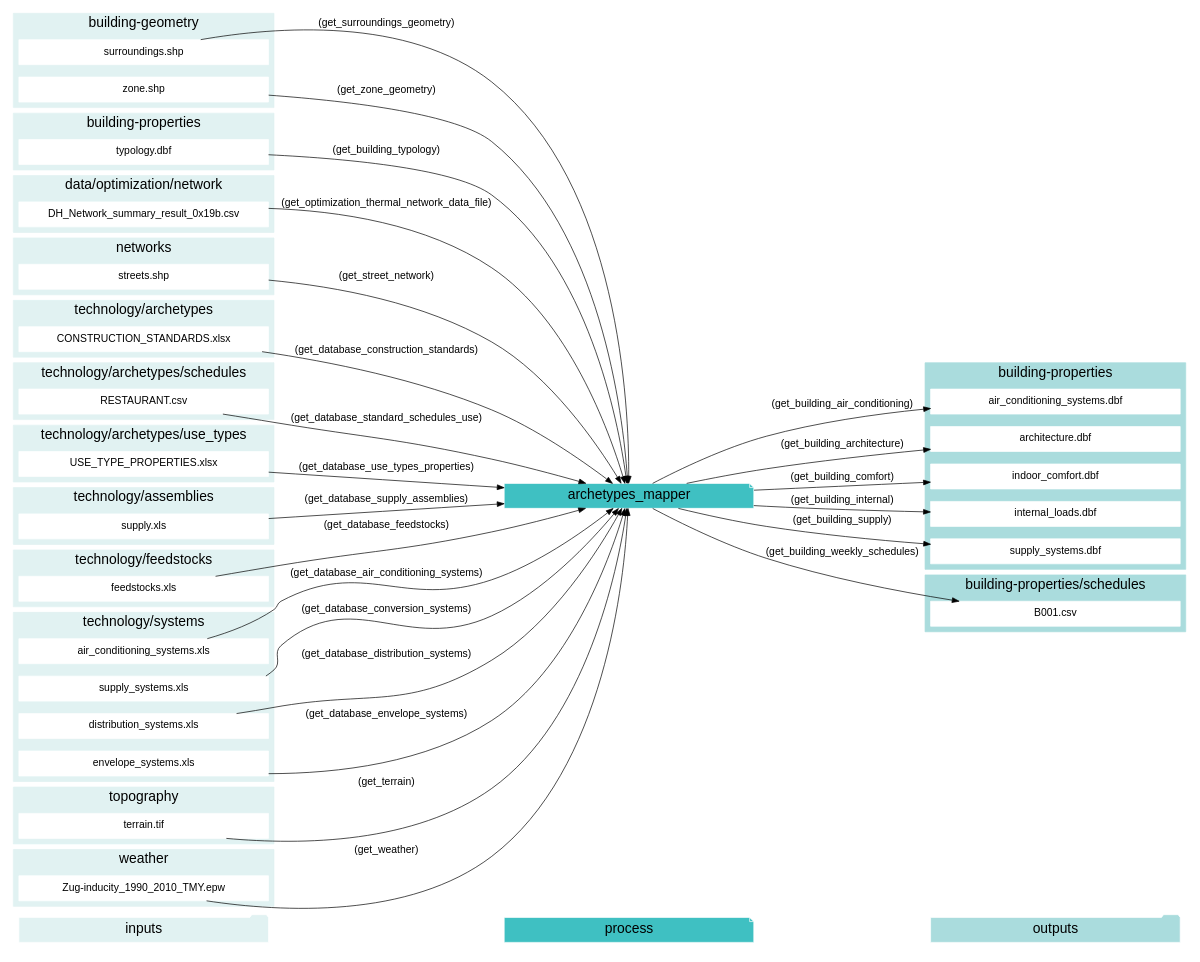
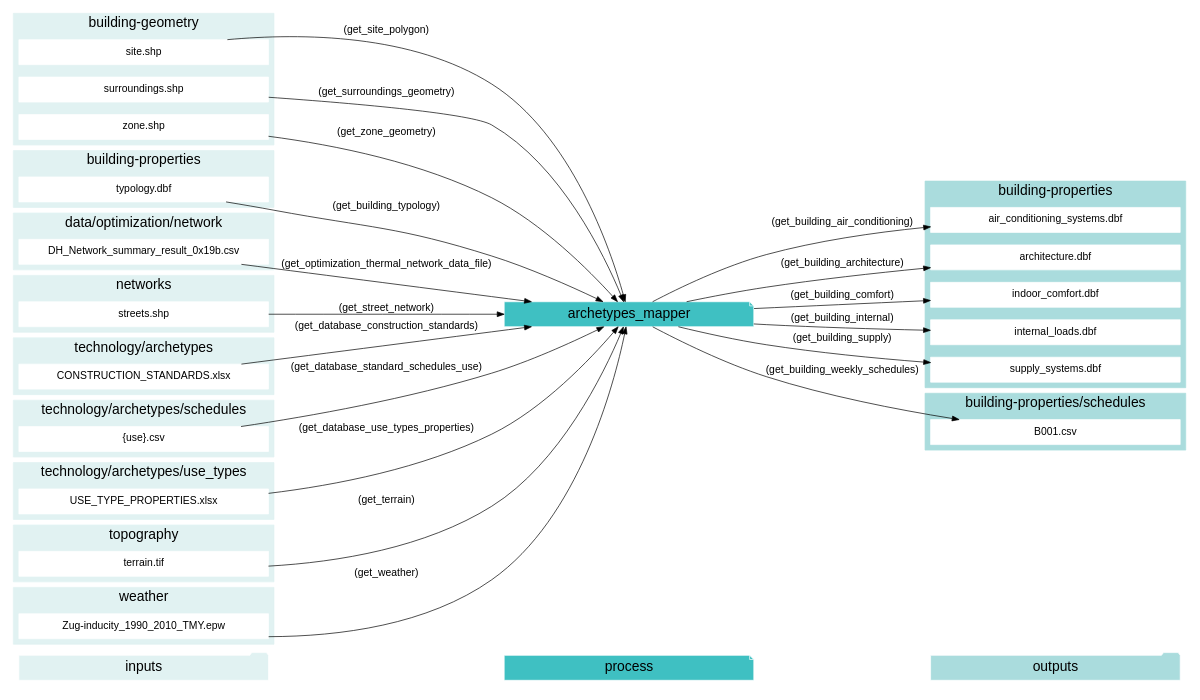
Before and after one commit to architecture-building-systems/CityEnergyAnalyst: the diagram in docs/graphviz/archetypes_mapper.gv, drawn with Graphviz. The commit also changed 24 other files, not shown here.

```diff
--- a/docs/graphviz/archetypes_mapper.gv
+++ b/docs/graphviz/archetypes_mapper.gv
@@ -1,159 +1,128 @@
 digraph trace_inputlocator {
     rankdir="LR";
     graph [overlap=false, fontname=arial];
     node [shape=box, style=filled, color=white, fontsize=15, fontname=arial, fixedsize=true, width=5];
     edge [fontname=arial, fontsize = 15]
     newrank=true
     subgraph cluster_legend {
     fontsize=25
     style=invis
     "process"[style=filled, fillcolor="#3FC0C2", shape=note, fontsize=20, fontname="arial"]
     "inputs" [style=filled, shape=folder, color=white, fillcolor="#E1F2F2", fontsize=20]
     "outputs"[style=filled, shape=folder, color=white, fillcolor="#aadcdd", fontsize=20]
     "inputs"->"process"[style=invis]
     "process"->"outputs"[style=invis]
     }
     "archetypes_mapper"[style=filled, color=white, fillcolor="#3FC0C2", shape=note, fontsize=20, fontname=arial];
     subgraph cluster_0_in {
         style = filled;
         color = "#E1F2F2";
         fontsize = 20;
         rank=same;
         label="building-geometry";
+        "site.shp"
         "surroundings.shp"
         "zone.shp"
     }
     subgraph cluster_1_in {
         style = filled;
         color = "#E1F2F2";
         fontsize = 20;
         rank=same;
         label="building-properties";
         "typology.dbf"
     }
     subgraph cluster_1_out {
         style = filled;
         color = "#aadcdd";
         fontsize = 20;
         rank=same;
         label="building-properties";
         "air_conditioning_systems.dbf"
         "architecture.dbf"
         "indoor_comfort.dbf"
         "internal_loads.dbf"
         "supply_systems.dbf"
     }
     subgraph cluster_2_out {
         style = filled;
         color = "#aadcdd";
         fontsize = 20;
         rank=same;
         label="building-properties/schedules";
         "B001.csv"
     }
     subgraph cluster_3_in {
         style = filled;
         color = "#E1F2F2";
         fontsize = 20;
         rank=same;
         label="data/optimization/network";
         "DH_Network_summary_result_0x19b.csv"
     }
     subgraph cluster_4_in {
         style = filled;
         color = "#E1F2F2";
         fontsize = 20;
         rank=same;
         label="networks";
         "streets.shp"
     }
     subgraph cluster_5_in {
         style = filled;
         color = "#E1F2F2";
         fontsize = 20;
         rank=same;
         label="technology/archetypes";
         "CONSTRUCTION_STANDARDS.xlsx"
     }
     subgraph cluster_6_in {
         style = filled;
         color = "#E1F2F2";
         fontsize = 20;
         rank=same;
         label="technology/archetypes/schedules";
-        "RESTAURANT.csv"
+        "{use}.csv"
     }
     subgraph cluster_7_in {
         style = filled;
         color = "#E1F2F2";
         fontsize = 20;
         rank=same;
         label="technology/archetypes/use_types";
         "USE_TYPE_PROPERTIES.xlsx"
     }
     subgraph cluster_8_in {
         style = filled;
         color = "#E1F2F2";
         fontsize = 20;
         rank=same;
-        label="technology/assemblies";
-        "supply.xls"
-    }
-    subgraph cluster_9_in {
-        style = filled;
-        color = "#E1F2F2";
-        fontsize = 20;
-        rank=same;
-        label="technology/feedstocks";
-        "feedstocks.xls"
-    }
-    subgraph cluster_10_in {
-        style = filled;
-        color = "#E1F2F2";
-        fontsize = 20;
-        rank=same;
-        label="technology/systems";
-        "air_conditioning_systems.xls"
-        "supply_systems.xls"
-        "distribution_systems.xls"
-        "envelope_systems.xls"
-    }
-    subgraph cluster_11_in {
-        style = filled;
-        color = "#E1F2F2";
-        fontsize = 20;
-        rank=same;
         label="topography";
         "terrain.tif"
     }
-    subgraph cluster_12_in {
+    subgraph cluster_9_in {
         style = filled;
         color = "#E1F2F2";
         fontsize = 20;
         rank=same;
         label="weather";
         "Zug-inducity_1990_2010_TMY.epw"
     }
     "typology.dbf" -> "archetypes_mapper"[label="(get_building_typology)"]
-    "air_conditioning_systems.xls" -> "archetypes_mapper"[label="(get_database_air_conditioning_systems)"]
     "CONSTRUCTION_STANDARDS.xlsx" -> "archetypes_mapper"[label="(get_database_construction_standards)"]
-    "supply_systems.xls" -> "archetypes_mapper"[label="(get_database_conversion_systems)"]
-    "distribution_systems.xls" -> "archetypes_mapper"[label="(get_database_distribution_systems)"]
-    "envelope_systems.xls" -> "archetypes_mapper"[label="(get_database_envelope_systems)"]
-    "feedstocks.xls" -> "archetypes_mapper"[label="(get_database_feedstocks)"]
-    "RESTAURANT.csv" -> "archetypes_mapper"[label="(get_database_standard_schedules_use)"]
-    "supply.xls" -> "archetypes_mapper"[label="(get_database_supply_assemblies)"]
+    "{use}.csv" -> "archetypes_mapper"[label="(get_database_standard_schedules_use)"]
     "USE_TYPE_PROPERTIES.xlsx" -> "archetypes_mapper"[label="(get_database_use_types_properties)"]
     "DH_Network_summary_result_0x19b.csv" -> "archetypes_mapper"[label="(get_optimization_thermal_network_data_file)"]
+    "site.shp" -> "archetypes_mapper"[label="(get_site_polygon)"]
     "streets.shp" -> "archetypes_mapper"[label="(get_street_network)"]
     "surroundings.shp" -> "archetypes_mapper"[label="(get_surroundings_geometry)"]
     "terrain.tif" -> "archetypes_mapper"[label="(get_terrain)"]
     "Zug-inducity_1990_2010_TMY.epw" -> "archetypes_mapper"[label="(get_weather)"]
     "zone.shp" -> "archetypes_mapper"[label="(get_zone_geometry)"]
     "archetypes_mapper" -> "air_conditioning_systems.dbf"[label="(get_building_air_conditioning)"]
     "archetypes_mapper" -> "architecture.dbf"[label="(get_building_architecture)"]
     "archetypes_mapper" -> "indoor_comfort.dbf"[label="(get_building_comfort)"]
     "archetypes_mapper" -> "internal_loads.dbf"[label="(get_building_internal)"]
     "archetypes_mapper" -> "supply_systems.dbf"[label="(get_building_supply)"]
     "archetypes_mapper" -> "B001.csv"[label="(get_building_weekly_schedules)"]
     }
```
